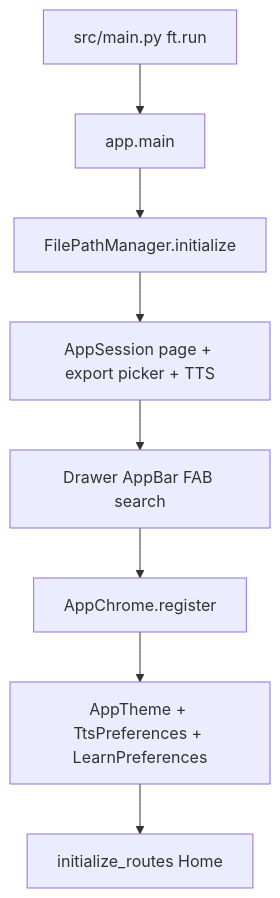
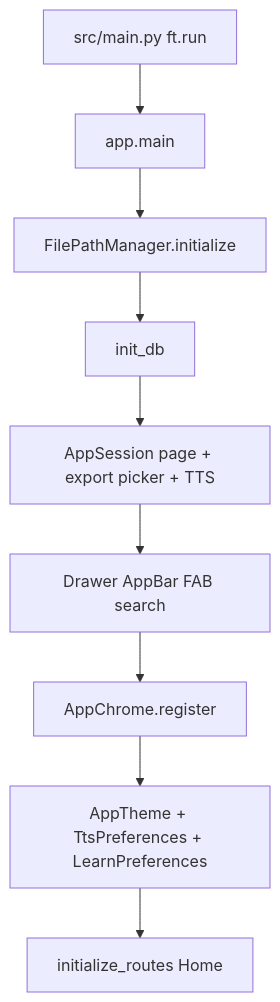
The diagram in docs/architecture/startup.md (BartoszKog/my-first-learning-app), drawn with Mermaid before and after one commit. The commit also changed other lines of this file and 27 other files, not shown here.

````diff
--- a/docs/architecture/startup.md
+++ b/docs/architecture/startup.md
@@ -11,10 +11,11 @@
 ```mermaid
 flowchart TD
     Run[src/main.py ft.run] --> Main[app.main]
     Main --> Paths[FilePathManager.initialize]
-    Paths --> Session[AppSession page + export picker + TTS]
+    Paths --> Db[init_db]
+    Db --> Session[AppSession page + export picker + TTS]
     Session --> ChromeUI[Drawer AppBar FAB search]
     ChromeUI --> Register[AppChrome.register]
     Register --> Prefs[AppTheme + TtsPreferences + LearnPreferences]
     Prefs --> Routes[initialize_routes Home]
 ```
````
